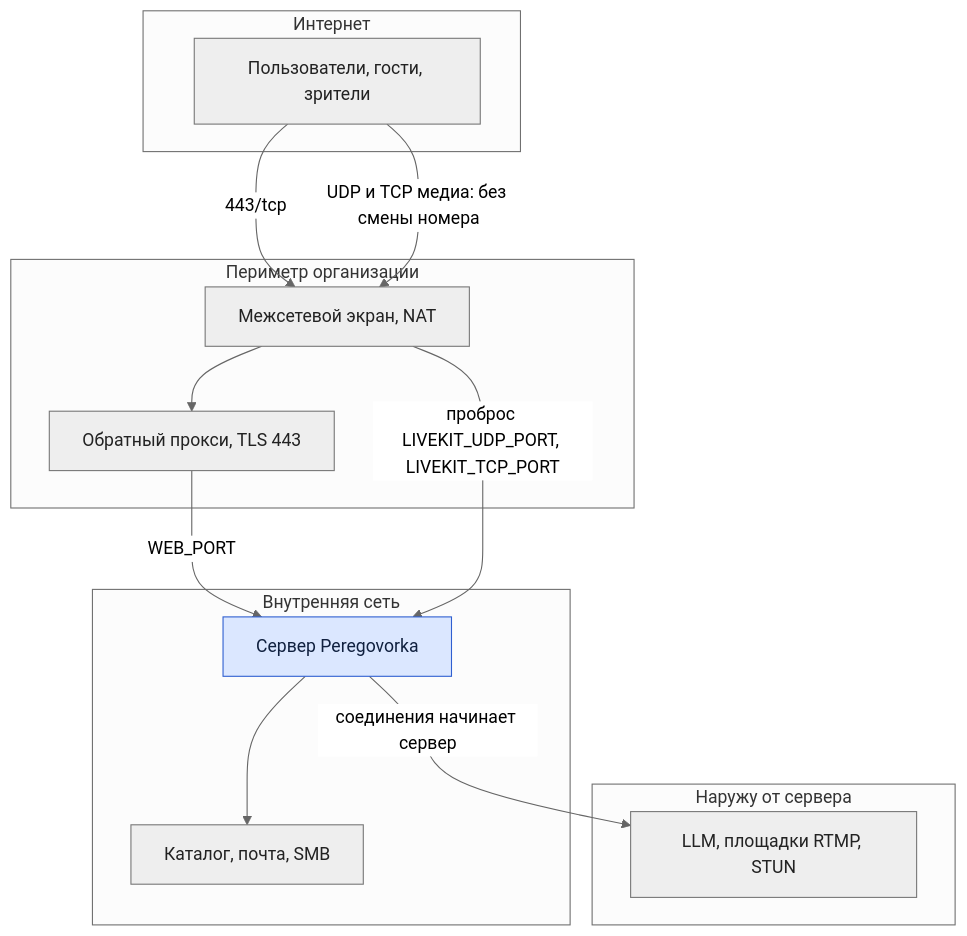
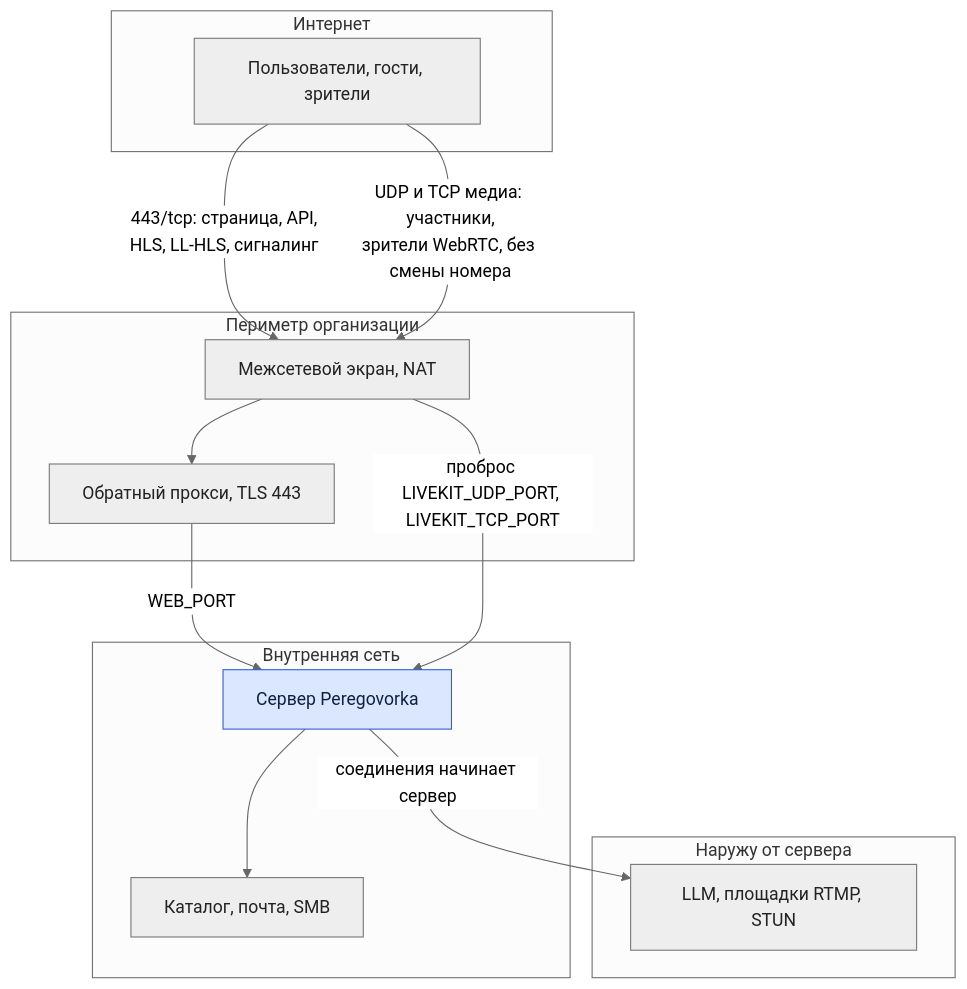
One commit to calleograph/peregovorka changed the diagram in wiki/Архитектура-Публикация-во-внешний-контур.md. Above: the diagram before and after it, drawn with Mermaid (neutral theme). The commit also changed other lines of this file and 322 other files, not shown here.

````diff
--- a/wiki/Архитектура-Публикация-во-внешний-контур.md
+++ b/wiki/Архитектура-Публикация-во-внешний-контур.md
@@ -11,26 +11,26 @@
 ```mermaid
 flowchart TB
   subgraph I["Интернет"]
     U["Пользователи, гости, зрители"]:::ext
   end
   subgraph D["Периметр организации"]
     FW["Межсетевой экран, NAT"]:::ext
     RP["Обратный прокси, TLS 443"]:::ext
   end
   subgraph S["Внутренняя сеть"]
     M["Сервер Peregovorka"]:::own
     AD["Каталог, почта, SMB"]:::ext
   end
   subgraph O["Наружу от сервера"]
     L["LLM, площадки RTMP, STUN"]:::ext
   end
-  U -->|"443/tcp"| FW
+  U -->|"443/tcp: страница, API,<br/>HLS, LL-HLS, сигналинг"| FW
   FW --> RP
   RP -->|"WEB_PORT"| M
-  U -->|"UDP и TCP медиа: без смены номера"| FW
+  U -->|"UDP и TCP медиа: участники,<br/>зрители WebRTC, без смены номера"| FW
   FW -->|"проброс LIVEKIT_UDP_PORT, LIVEKIT_TCP_PORT"| M
   M --> AD
   M -->|"соединения начинает сервер"| L
   classDef own fill:#dbe7ff,stroke:#2f5fd0,color:#10203f
   classDef ext fill:#eee,stroke:#777,color:#222
 ```
````
